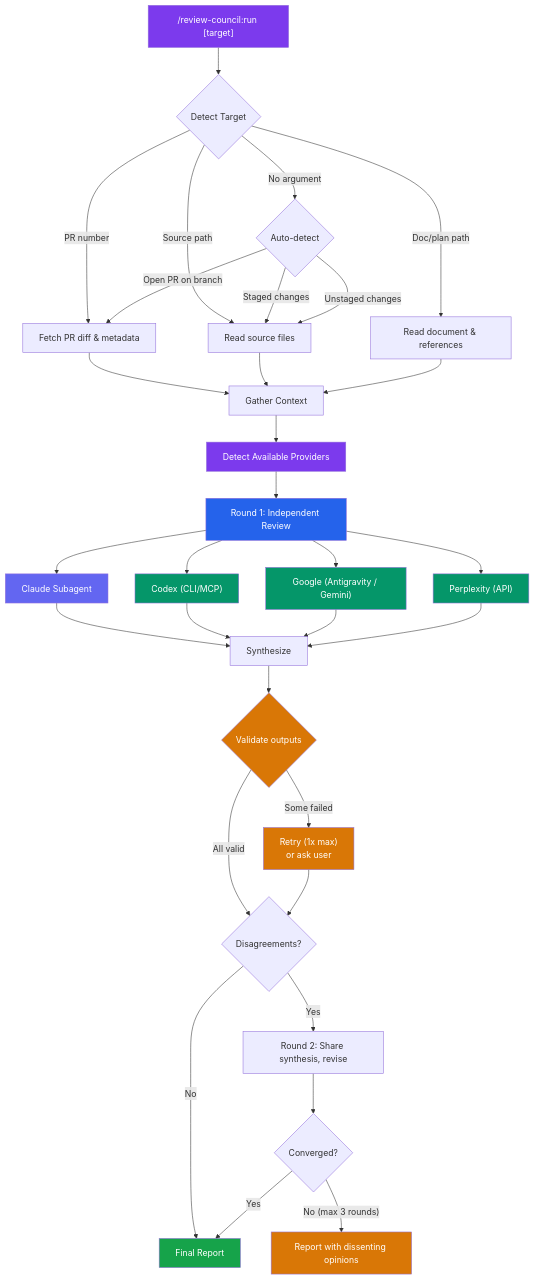
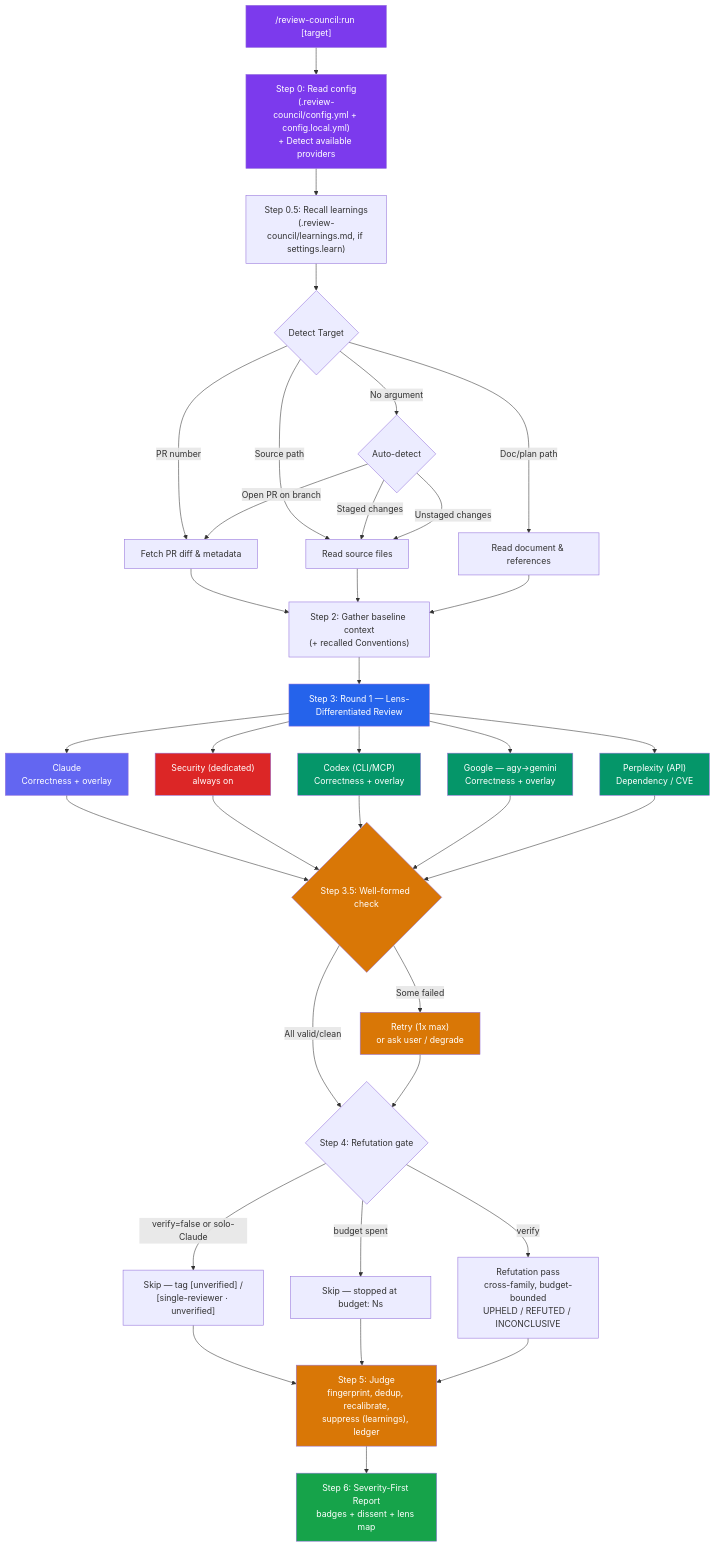
Before and after one commit to deployhq/review-council: the first of 5 diagrams in README.md, drawn with Mermaid. The commit also changed other lines of this file and 2 other files, not shown here.

````diff
--- a/README.md
+++ b/README.md
@@ -34,51 +34,62 @@
 ```mermaid
 flowchart TD
-    A["/review-council:run [target]"] --> B{Detect Target}
+    A["/review-council:run [target]"] --> Z0["Step 0: Read config<br/>(.review-council/config.yml + config.local.yml)<br/>+ Detect available providers"]
+    Z0 --> Z05["Step 0.5: Recall learnings<br/>(.review-council/learnings.md, if settings.learn)"]
+    Z05 --> B{Detect Target}
+
     B -->|PR number| C["Fetch PR diff & metadata"]
     B -->|Source path| D["Read source files"]
     B -->|Doc/plan path| E["Read document & references"]
     B -->|No argument| F{Auto-detect}
     F -->|Open PR on branch| C
     F -->|Staged changes| D
     F -->|Unstaged changes| D
 
-    C --> G["Gather Context"]
+    C --> G["Step 2: Gather baseline context<br/>(+ recalled Conventions)"]
     D --> G
     E --> G
 
-    G --> H0["Detect Available Providers"]
-    H0 --> H["Round 1: Independent Review"]
+    G --> H["Step 3: Round 1 — Lens-Differentiated Review"]
 
-    H --> I["Claude Subagent"]
-    H --> J["Codex (CLI/MCP)"]
-    H --> J2["Google (Antigravity / Gemini)"]
-    H --> J3["Perplexity (API)"]
+    H --> I["Claude<br/>Correctness + overlay"]
+    H --> SEC["Security (dedicated)<br/>always on"]
+    H --> J["Codex (CLI/MCP)<br/>Correctness + overlay"]
+    H --> J2["Google — agy→gemini<br/>Correctness + overlay"]
+    H --> J3["Perplexity (API)<br/>Dependency / CVE"]
 
-    I --> K["Synthesize"]
-    J --> K
-    J2 --> K
-    J3 --> K
+    L{"Step 4: Refutation gate"}
+    N["Step 5: Judge<br/>fingerprint, dedup, recalibrate,<br/>suppress (learnings), ledger"]
 
-    K --> K2{Validate outputs}
-    K2 -->|"All valid"| L{Disagreements?}
-    K2 -->|"Some failed"| K3["Retry (1x max)<br/>or ask user"]
+    I --> K2{"Step 3.5: Well-formed check"}
+    SEC --> K2
+    J --> K2
+    J2 --> K2
+    J3 --> K2
+
+    K2 -->|"All valid/clean"| L
+    K2 -->|"Some failed"| K3["Retry (1x max)<br/>or ask user / degrade"]
     K3 --> L
-    L -->|"Yes"| M["Round 2: Share synthesis, revise"]
-    L -->|"No"| N["Final Report"]
 
-    M --> O{Converged?}
-    O -->|"Yes"| N
-    O -->|"No (max 3 rounds)"| P["Report with dissenting opinions"]
+    L -->|"verify=false or solo-Claude"| M2["Skip — tag [unverified] /<br/>[single-reviewer · unverified]"]
+    L -->|"budget spent"| M3["Skip — stopped at budget: Ns"]
+    L -->|"verify"| M["Refutation pass<br/>cross-family, budget-bounded<br/>UPHELD / REFUTED / INCONCLUSIVE"]
+
+    M2 --> N
+    M3 --> N
+    M --> N
+
+    N --> O["Step 6: Severity-First Report<br/>badges + dissent + lens map"]
 
     style A fill:#7c3aed,color:#fff
-    style H0 fill:#7c3aed,color:#fff
+    style Z0 fill:#7c3aed,color:#fff
     style H fill:#2563eb,color:#fff
     style I fill:#6366f1,color:#fff
+    style SEC fill:#dc2626,color:#fff
     style J fill:#059669,color:#fff
     style J2 fill:#059669,color:#fff
     style J3 fill:#059669,color:#fff
-    style N fill:#16a34a,color:#fff
-    style P fill:#d97706,color:#fff
+    style N fill:#d97706,color:#fff
+    style O fill:#16a34a,color:#fff
     style K2 fill:#d97706,color:#fff
     style K3 fill:#d97706,color:#fff
 ```
````
